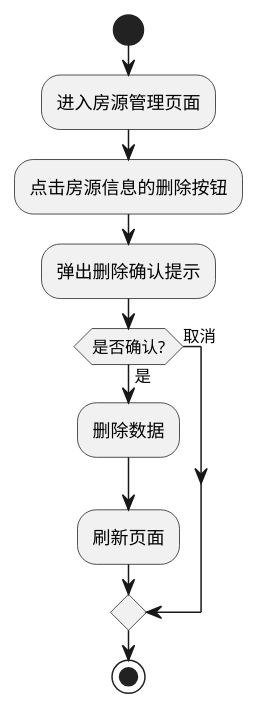
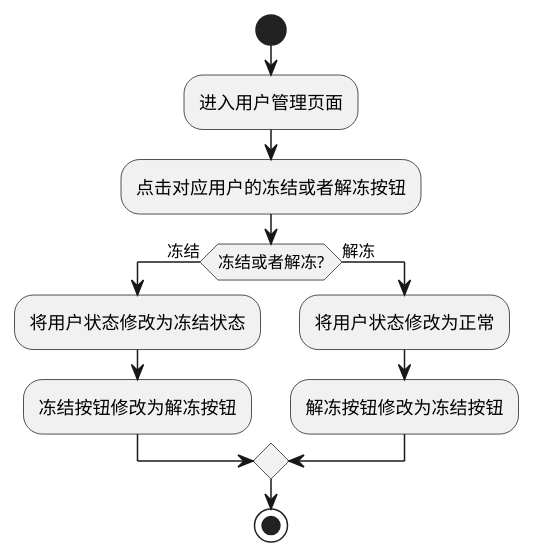
One commit to grimesapple/springGarden changed the diagram in resource/活动图/冻结和解冻用户活动图.puml. Above: the diagram before and after it, drawn with PlantUML. The commit also changed 52 other files, not shown here.

```diff
--- a/resource/活动图/冻结和解冻用户活动图.puml
+++ b/resource/活动图/冻结和解冻用户活动图.puml
@@ -1,14 +1,16 @@
 @startuml
 
 start
-:进入房源管理页面;
-:点击房源信息的删除按钮;
-:弹出删除确认提示;
-if (是否确认?) is (是) then
-  :删除数据;
-  :刷新页面;
-else (取消)
+:进入用户管理页面;
+:点击对应用户的冻结或者解冻按钮;
+if (冻结或者解冻?) is (冻结) then
+  :将用户状态修改为冻结状态;
+  :冻结按钮修改为解冻按钮;
+else (解冻)
+  :将用户状态修改为正常;
+  :解冻按钮修改为冻结按钮;
 endif
+
 stop
 
 @enduml
```
